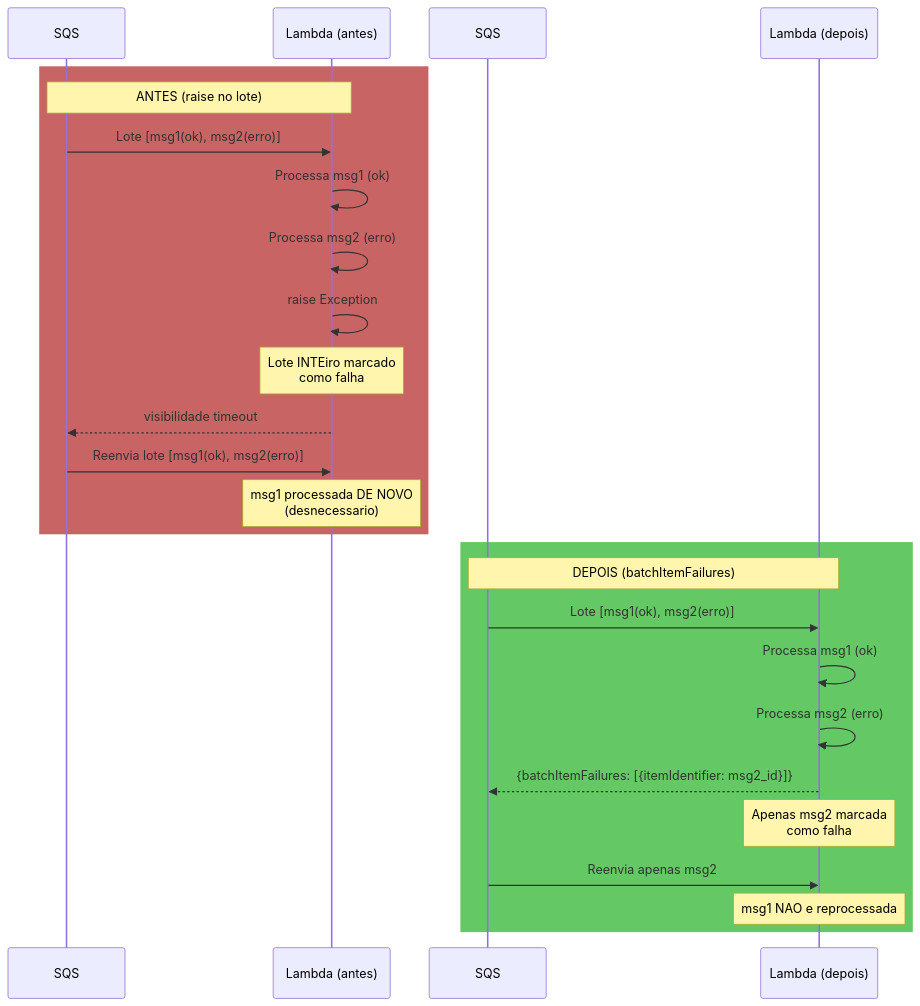
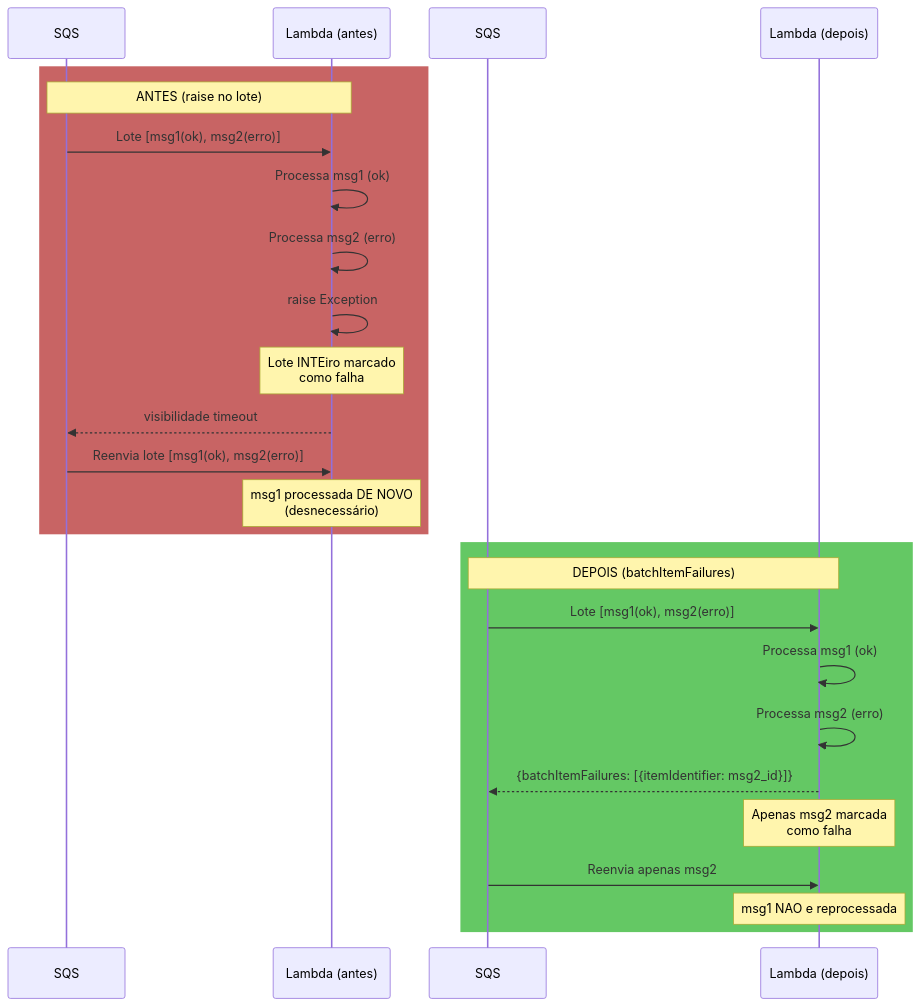
One commit to DessimA/aws-serverless-order-management changed the second of 6 diagrams in docs/CORRECOES.md. Above: the diagram before and after it, drawn with Mermaid. The commit also changed other lines of this file and 17 other files, not shown here.

Commit message:
docs: portfolio-oriented README, ARCHITECTURE.md, and PT-BR accent fixes

````diff
--- a/docs/CORRECOES.md
+++ b/docs/CORRECOES.md
@@ -378,30 +378,30 @@
 ```mermaid
 sequenceDiagram
     participant SQS as SQS
     participant Lambda as Lambda (antes)
     participant SQS2 as SQS
     participant Lambda2 as Lambda (depois)
 
     rect rgb(200, 100, 100)
     Note over SQS,Lambda: ANTES (raise no lote)
     SQS->>Lambda: Lote [msg1(ok), msg2(erro)]
     Lambda->>Lambda: Processa msg1 (ok)
     Lambda->>Lambda: Processa msg2 (erro)
     Lambda->>Lambda: raise Exception
     Note over Lambda: Lote INTEiro marcado<br/>como falha
     Lambda-->>SQS: visibilidade timeout
     SQS->>Lambda: Reenvia lote [msg1(ok), msg2(erro)]
-    Note over Lambda: msg1 processada DE NOVO<br/>(desnecessario)
+    Note over Lambda: msg1 processada DE NOVO<br/>(desnecessário)
     end
 
     rect rgb(100, 200, 100)
     Note over SQS2,Lambda2: DEPOIS (batchItemFailures)
     SQS2->>Lambda2: Lote [msg1(ok), msg2(erro)]
     Lambda2->>Lambda2: Processa msg1 (ok)
     Lambda2->>Lambda2: Processa msg2 (erro)
     Lambda2-->>SQS2: {batchItemFailures: [{itemIdentifier: msg2_id}]}
     Note over Lambda2: Apenas msg2 marcada<br/>como falha
     SQS2->>Lambda2: Reenvia apenas msg2
     Note over Lambda2: msg1 NAO e reprocessada
     end
 ```
````
